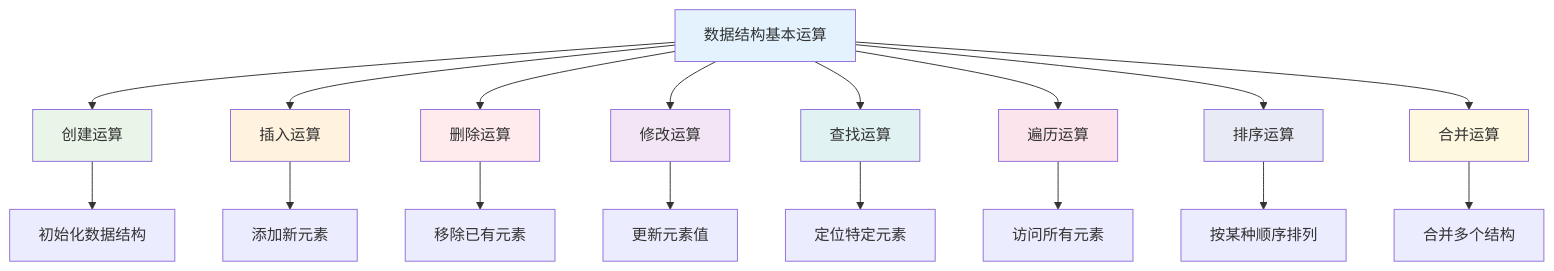
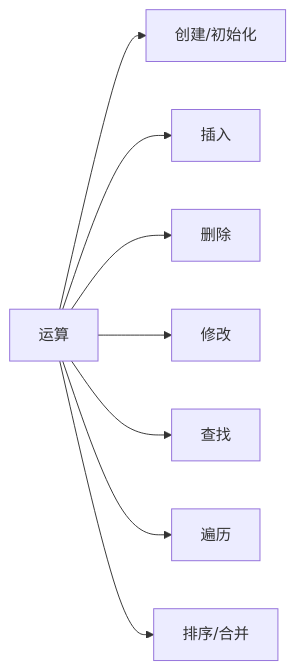
The sixth of 7 diagrams in 00.通用技术的提升/08.数据结构算法/02.数据结构设计思想.md (chongyang211/YCBookBlog), drawn with Mermaid before and after one commit. The commit also changed other lines of this file and 194 other files, not shown here.

````diff
--- a/00.通用技术的提升/08.数据结构算法/02.数据结构设计思想.md
+++ b/00.通用技术的提升/08.数据结构算法/02.数据结构设计思想.md
@@ -813,30 +253,10 @@
 ```mermaid
-graph TD
-    A[数据结构基本运算] --> B[创建运算]
-    A --> C[插入运算]
-    A --> D[删除运算]
-    A --> E[修改运算]
-    A --> F[查找运算]
-    A --> G[遍历运算]
-    A --> H[排序运算]
-    A --> I[合并运算]
-    
-    B --> B1[初始化数据结构]
-    C --> C1[添加新元素]
-    D --> D1[移除已有元素]
-    E --> E1[更新元素值]
-    F --> F1[定位特定元素]
-    G --> G1[访问所有元素]
-    H --> H1[按某种顺序排列]
-    I --> I1[合并多个结构]
-    
-    style A fill:#e3f2fd
-    style B fill:#e8f5e8
-    style C fill:#fff3e0
-    style D fill:#ffebee
-    style E fill:#f3e5f5
-    style F fill:#e0f2f1
-    style G fill:#fce4ec
-    style H fill:#e8eaf6
-    style I fill:#fff8e1
+graph LR
+    A[运算] --> B[创建/初始化]
+    A --> C[插入]
+    A --> D[删除]
+    A --> E[修改]
+    A --> F[查找]
+    A --> G[遍历]
+    A --> H[排序/合并]
 ```
````
